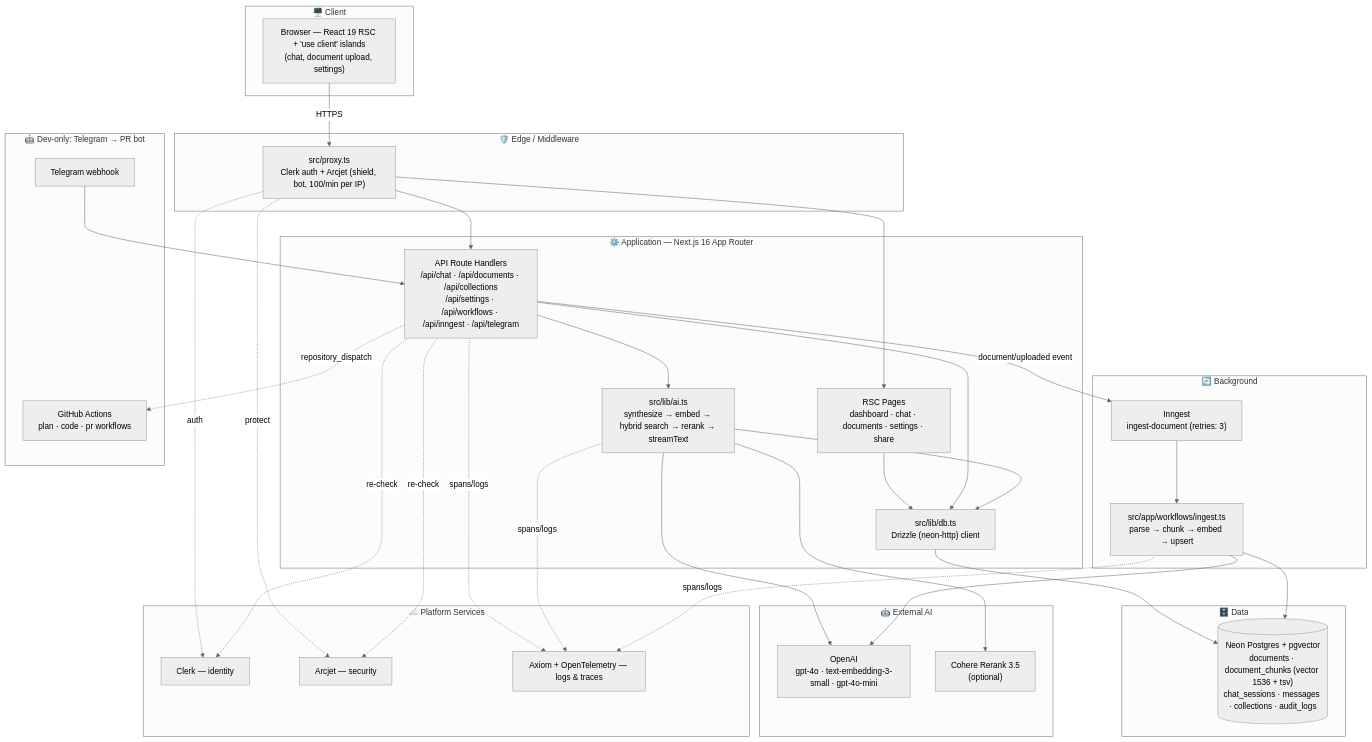
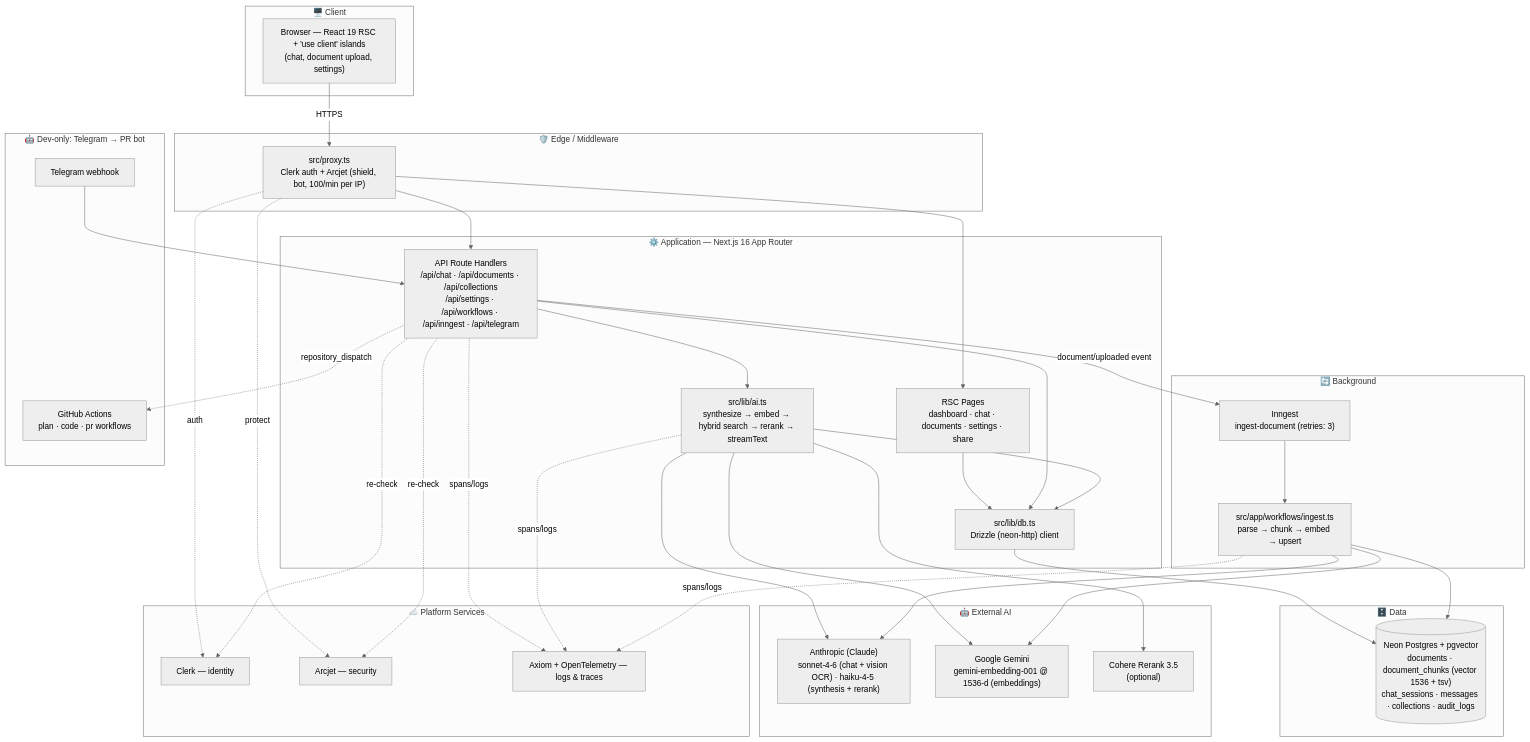
Before and after one commit to bilalzafar256/knowledge-assistant: the first of 3 diagrams in SYSTEM_ARCHITECTURE.md, drawn with Mermaid (neutral theme). The commit also changed other lines of this file and 17 other files, not shown here.

First line of the commit message:
feat(ai): move generation to Claude, embeddings to Google Gemini

````diff
--- a/SYSTEM_ARCHITECTURE.md
+++ b/SYSTEM_ARCHITECTURE.md
@@ -15,64 +15,67 @@
 ```mermaid
 flowchart TB
     subgraph Client["🖥️ Client"]
         Browser["Browser — React 19 RSC + 'use client' islands<br/>(chat, document upload, settings)"]
     end
 
     subgraph Edge["🛡️ Edge / Middleware"]
         Proxy["src/proxy.ts<br/>Clerk auth + Arcjet (shield, bot, 100/min per IP)"]
     end
 
     subgraph App["⚙️ Application — Next.js 16 App Router"]
         Pages["RSC Pages<br/>dashboard · chat · documents · settings · share"]
         API["API Route Handlers<br/>/api/chat · /api/documents · /api/collections<br/>/api/settings · /api/workflows · /api/inngest · /api/telegram"]
         AILib["src/lib/ai.ts<br/>synthesize → embed → hybrid search → rerank → streamText"]
         DBLib["src/lib/db.ts<br/>Drizzle (neon-http) client"]
     end
 
     subgraph Data["🗄️ Data"]
         Neon[("Neon Postgres + pgvector<br/>documents · document_chunks (vector 1536 + tsv)<br/>chat_sessions · messages · collections · audit_logs")]
     end
 
     subgraph AI["🤖 External AI"]
-        OpenAI["OpenAI<br/>gpt-4o · text-embedding-3-small · gpt-4o-mini"]
+        Anthropic["Anthropic (Claude)<br/>sonnet-4-6 (chat + vision OCR) · haiku-4-5 (synthesis + rerank)"]
+        Gemini["Google Gemini<br/>gemini-embedding-001 @ 1536-d (embeddings)"]
         Cohere["Cohere Rerank 3.5<br/>(optional)"]
     end
 
     subgraph Platform["☁️ Platform Services"]
         Clerk["Clerk — identity"]
         Arcjet["Arcjet — security"]
         Axiom["Axiom + OpenTelemetry — logs & traces"]
     end
 
     subgraph Background["🔄 Background"]
         Inngest["Inngest<br/>ingest-document (retries: 3)"]
         Ingest["src/app/workflows/ingest.ts<br/>parse → chunk → embed → upsert"]
     end
 
     subgraph Bot["🤖 Dev-only: Telegram → PR bot"]
         TG["Telegram webhook"]
         GHA["GitHub Actions<br/>plan · code · pr workflows"]
     end
 
     Browser -->|HTTPS| Proxy
     Proxy --> Pages
     Proxy --> API
     Pages --> DBLib
     API --> AILib
     API --> DBLib
-    AILib --> OpenAI
+    AILib --> Anthropic
+    AILib --> Gemini
     AILib --> Cohere
     AILib --> DBLib
     DBLib --> Neon
     Proxy -.auth.-> Clerk
     Proxy -.protect.-> Arcjet
     API -.re-check.-> Clerk
     API -.re-check.-> Arcjet
     API -->|document/uploaded event| Inngest
     Inngest --> Ingest
-    Ingest --> OpenAI
+    Ingest --> Anthropic
+    Ingest --> Gemini
     Ingest --> Neon
     API & AILib & Ingest -.spans/logs.-> Axiom
     TG --> API
     API -.repository_dispatch.-> GHA
 ```
````
